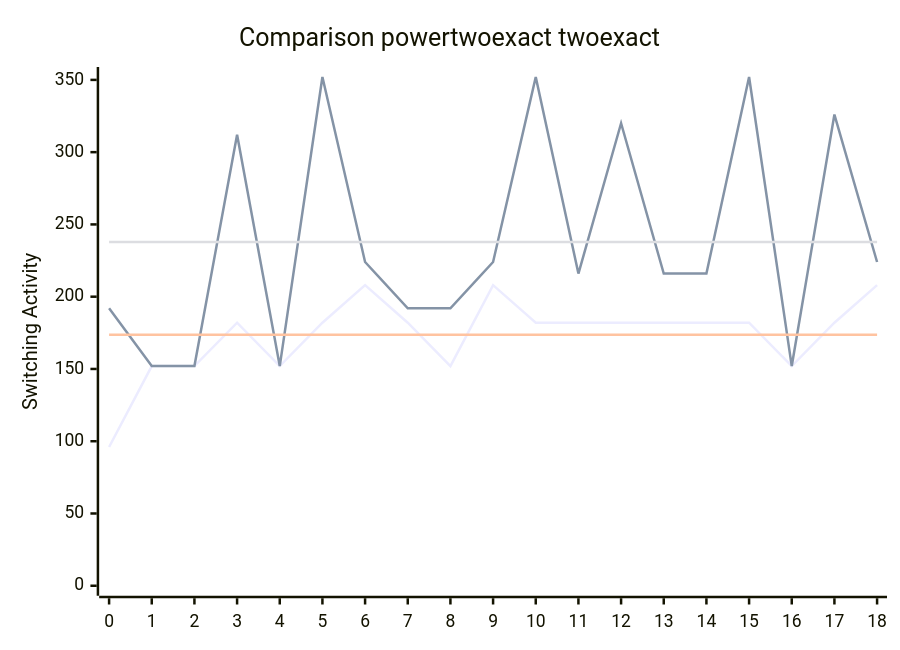
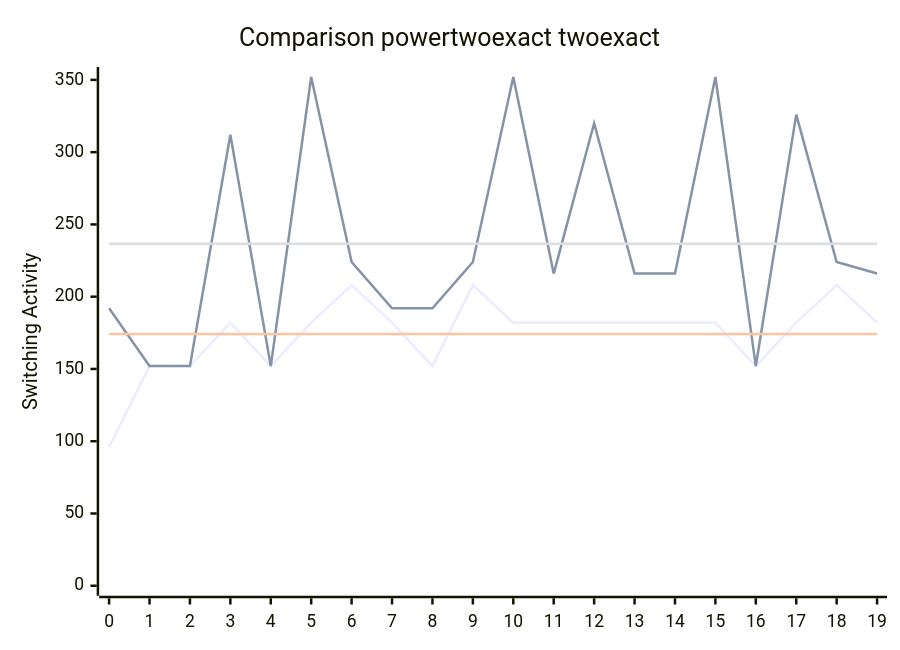
The diagram in benchmark.md (FeldmeierMichael/Exact-Power-Synthesis), drawn with Mermaid before and after one commit. The commit also changed other lines of this file and 2 other files, not shown here.

````diff
--- a/benchmark.md
+++ b/benchmark.md
@@ -41,10 +43,10 @@
 ```mermaid
 xychart-beta
     title "Comparison powertwoexact twoexact"
-    x-axis [0, 1, 2, 3, 4, 5, 6, 7, 8, 9, 10, 11, 12, 13, 14, 15, 16, 17, 18]
+    x-axis [0, 1, 2, 3, 4, 5, 6, 7, 8, 9, 10, 11, 12, 13, 14, 15, 16, 17, 18, 19]
     y-axis "Switching Activity" 0-->352
-    line [96, 152, 152, 182, 152, 182, 208, 182, 152, 208, 182, 182, 182, 182, 182, 182, 152, 182, 208]
-    line [192, 152, 152, 312, 152, 352, 224, 192, 192, 224, 352, 216, 320, 216, 216, 352, 152, 326, 224]
-    line [173.68421052631578, 173.68421052631578, 173.68421052631578, 173.68421052631578, 173.68421052631578, 173.68421052631578, 173.68421052631578, 173.68421052631578, 173.68421052631578, 173.68421052631578, 173.68421052631578, 173.68421052631578, 173.68421052631578, 173.68421052631578, 173.68421052631578, 173.68421052631578, 173.68421052631578, 173.68421052631578, 173.68421052631578]
-    line [237.78947368421052, 237.78947368421052, 237.78947368421052, 237.78947368421052, 237.78947368421052, 237.78947368421052, 237.78947368421052, 237.78947368421052, 237.78947368421052, 237.78947368421052, 237.78947368421052, 237.78947368421052, 237.78947368421052, 237.78947368421052, 237.78947368421052, 237.78947368421052, 237.78947368421052, 237.78947368421052, 237.78947368421052]
+    line [96, 152, 152, 182, 152, 182, 208, 182, 152, 208, 182, 182, 182, 182, 182, 182, 152, 182, 208, 182]
+    line [192, 152, 152, 312, 152, 352, 224, 192, 192, 224, 352, 216, 320, 216, 216, 352, 152, 326, 224, 216]
+    line [174.1, 174.1, 174.1, 174.1, 174.1, 174.1, 174.1, 174.1, 174.1, 174.1, 174.1, 174.1, 174.1, 174.1, 174.1, 174.1, 174.1, 174.1, 174.1, 174.1]
+    line [236.7, 236.7, 236.7, 236.7, 236.7, 236.7, 236.7, 236.7, 236.7, 236.7, 236.7, 236.7, 236.7, 236.7, 236.7, 236.7, 236.7, 236.7, 236.7, 236.7]
 ```
````
